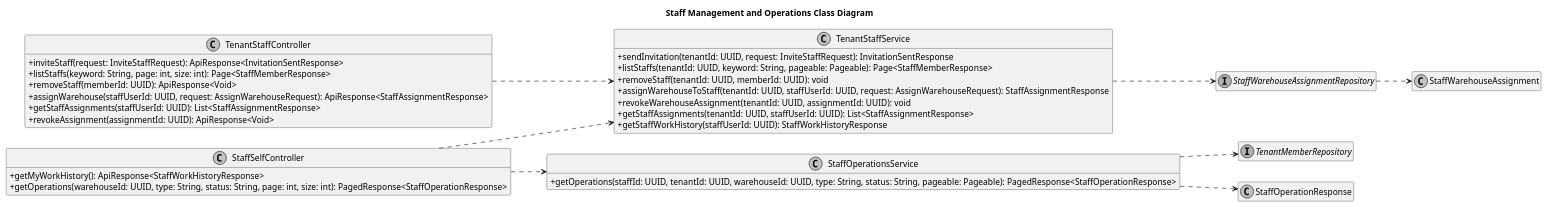
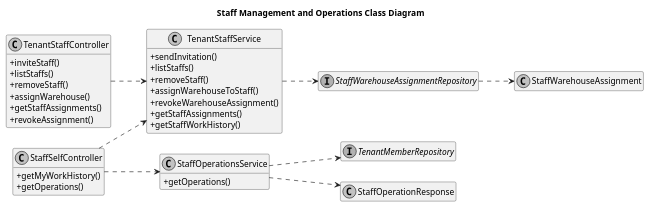
Before and after one commit to vinhleechem/StockSpace_BE: the first of 2 diagrams in docs/review3/diagrams/staff-operations.md, drawn with PlantUML. The commit also changed 17 other files, not shown here.

````diff
--- a/docs/review3/diagrams/staff-operations.md
+++ b/docs/review3/diagrams/staff-operations.md
@@ -5,52 +5,52 @@
 ```plantuml
 @startuml
 title Staff Management and Operations Class Diagram
 skinparam monochrome true
 skinparam shadowing false
 skinparam backgroundColor transparent
 skinparam classAttributeIconSize 0
 hide empty members
 left to right direction
 
 class TenantStaffController {
-  +inviteStaff(request: InviteStaffRequest): ApiResponse<InvitationSentResponse>
-  +listStaffs(keyword: String, page: int, size: int): Page<StaffMemberResponse>
-  +removeStaff(memberId: UUID): ApiResponse<Void>
-  +assignWarehouse(staffUserId: UUID, request: AssignWarehouseRequest): ApiResponse<StaffAssignmentResponse>
-  +getStaffAssignments(staffUserId: UUID): List<StaffAssignmentResponse>
-  +revokeAssignment(assignmentId: UUID): ApiResponse<Void>
+  +inviteStaff()
+  +listStaffs()
+  +removeStaff()
+  +assignWarehouse()
+  +getStaffAssignments()
+  +revokeAssignment()
 }
 
 class StaffSelfController {
-  +getMyWorkHistory(): ApiResponse<StaffWorkHistoryResponse>
-  +getOperations(warehouseId: UUID, type: String, status: String, page: int, size: int): PagedResponse<StaffOperationResponse>
+  +getMyWorkHistory()
+  +getOperations()
 }
 
 class TenantStaffService {
-  +sendInvitation(tenantId: UUID, request: InviteStaffRequest): InvitationSentResponse
-  +listStaffs(tenantId: UUID, keyword: String, pageable: Pageable): Page<StaffMemberResponse>
-  +removeStaff(tenantId: UUID, memberId: UUID): void
-  +assignWarehouseToStaff(tenantId: UUID, staffUserId: UUID, request: AssignWarehouseRequest): StaffAssignmentResponse
-  +revokeWarehouseAssignment(tenantId: UUID, assignmentId: UUID): void
-  +getStaffAssignments(tenantId: UUID, staffUserId: UUID): List<StaffAssignmentResponse>
-  +getStaffWorkHistory(staffUserId: UUID): StaffWorkHistoryResponse
+  +sendInvitation()
+  +listStaffs()
+  +removeStaff()
+  +assignWarehouseToStaff()
+  +revokeWarehouseAssignment()
+  +getStaffAssignments()
+  +getStaffWorkHistory()
 }
 
 class StaffOperationsService {
-  +getOperations(staffId: UUID, tenantId: UUID, warehouseId: UUID, type: String, status: String, pageable: Pageable): PagedResponse<StaffOperationResponse>
+  +getOperations()
 }
 
 interface StaffWarehouseAssignmentRepository
 interface TenantMemberRepository
 class StaffWarehouseAssignment
 class StaffOperationResponse
 
 TenantStaffController ..> TenantStaffService
 StaffSelfController ..> TenantStaffService
 StaffSelfController ..> StaffOperationsService
 TenantStaffService ..> StaffWarehouseAssignmentRepository
 StaffOperationsService ..> TenantMemberRepository
 StaffWarehouseAssignmentRepository ..> StaffWarehouseAssignment
 StaffOperationsService ..> StaffOperationResponse
 @enduml
 ```
````
